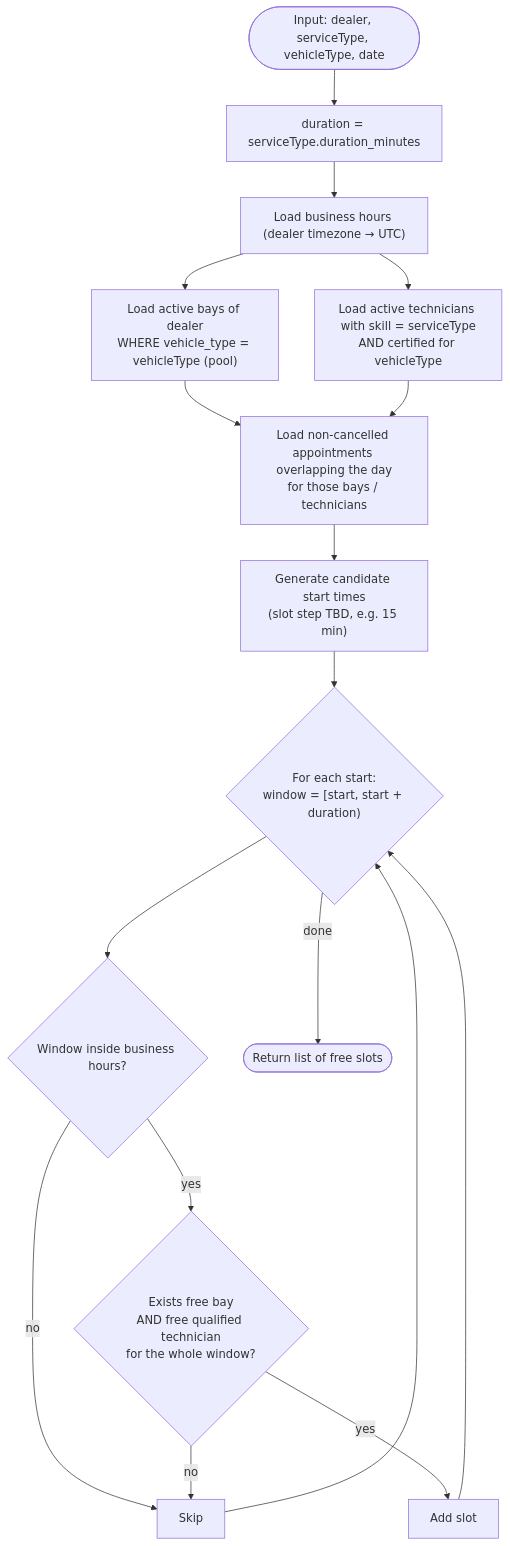
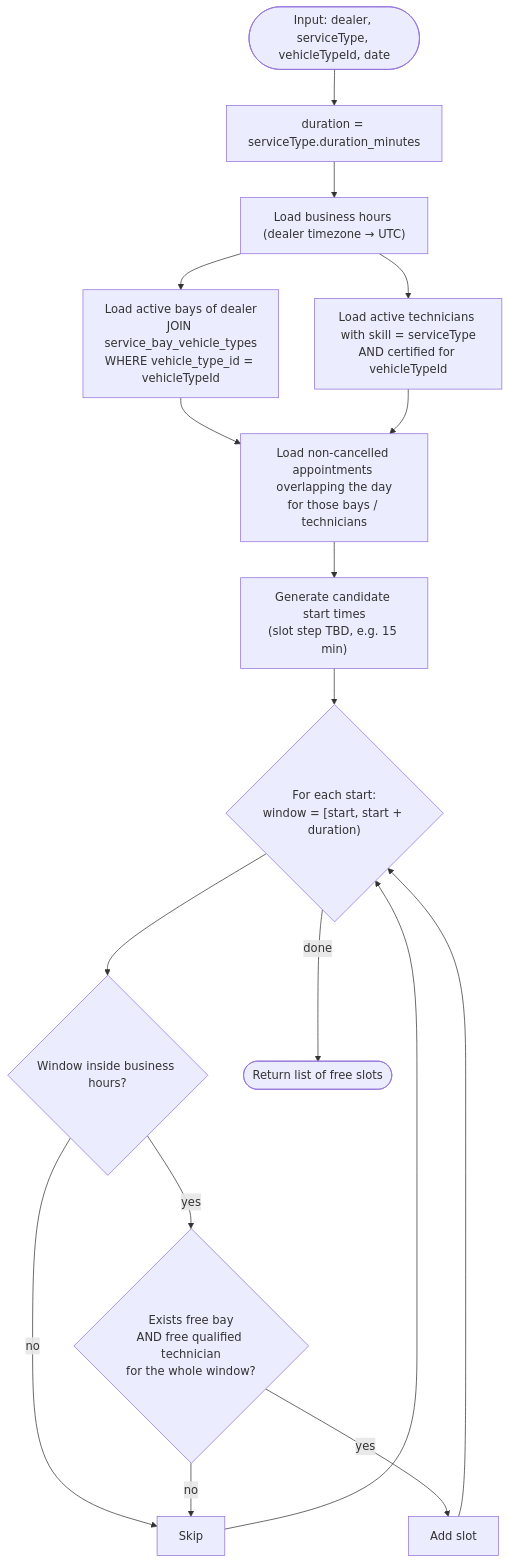
Before and after one commit to Rubynam/keyloop: the diagram in docs/diagrams/dld/08-availability-computation.mermaid, drawn with Mermaid. The commit also changed 40 other files, not shown here.

First line of the commit message:
feat: model vehicle types as data and switch all ids to UUIDv7

```diff
--- a/docs/diagrams/dld/08-availability-computation.mermaid
+++ b/docs/diagrams/dld/08-availability-computation.mermaid
@@ -1,17 +1,17 @@
 flowchart TD
-    S(["Input: dealer, serviceType, vehicleType, date"]) --> A["duration = serviceType.duration_minutes"]
+    S(["Input: dealer, serviceType, vehicleTypeId, date"]) --> A["duration = serviceType.duration_minutes"]
     A --> B["Load business hours (dealer timezone → UTC)"]
-    B --> C["Load active bays of dealer<br/>WHERE vehicle_type = vehicleType (pool)"]
-    B --> D["Load active technicians with skill = serviceType<br/>AND certified for vehicleType"]
+    B --> C["Load active bays of dealer<br/>JOIN service_bay_vehicle_types<br/>WHERE vehicle_type_id = vehicleTypeId"]
+    B --> D["Load active technicians with skill = serviceType<br/>AND certified for vehicleTypeId"]
     C --> E["Load non-cancelled appointments overlapping the day<br/>for those bays / technicians"]
     D --> E
     E --> F["Generate candidate start times<br/>(slot step TBD, e.g. 15 min)"]
     F --> G{"For each start:<br/>window = [start, start + duration)"}
     G --> H{"Window inside business hours?"}
     H -- "no" --> SKIP["Skip"]
     H -- "yes" --> I{"Exists free bay<br/>AND free qualified technician<br/>for the whole window?"}
     I -- "no" --> SKIP
     I -- "yes" --> OK["Add slot"]
     OK --> G
     SKIP --> G
     G -- "done" --> R(["Return list of free slots"])
```
